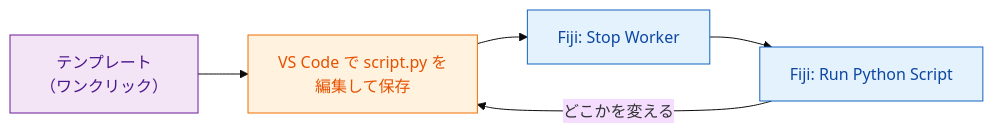
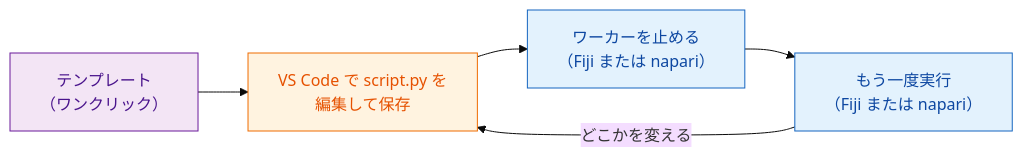
One commit to Oxford-Zeiss-Centre-of-Excellence/Wavu changed the diagram in guide/write/get-the-template.ja.md. Above: the diagram before and after it, drawn with Mermaid (base theme). The commit also changed other lines of this file and 70 other files, not shown here.

First line of the commit message:
docs(site): Oxford blue theme with partner logos; napari throughout "Write a script"; FAIR marketplace

````diff
--- a/guide/write/get-the-template.ja.md
+++ b/guide/write/get-the-template.ja.md
@@ -15,13 +18,13 @@
 ```mermaid
 flowchart LR
     T["テンプレート<br/>（ワンクリック）"]:::env
     V["VS Code で script.py を<br/>編集して保存"]:::script
-    S["Fiji: Stop Worker"]:::fiji
-    R["Fiji: Run Python Script"]:::fiji
+    S["ワーカーを止める<br/>（Fiji または napari）"]:::fiji
+    R["もう一度実行<br/>（Fiji または napari）"]:::fiji
     T --> V --> S --> R
     R -- "どこかを変える" --> V
 
     classDef fiji   fill:#e3f2fd,stroke:#1565c0,color:#0d47a1
     classDef script fill:#fff3e0,stroke:#ef6c00,color:#e65100
     classDef env    fill:#f3e5f5,stroke:#6a1b9a,color:#4a148c
 ```
````
